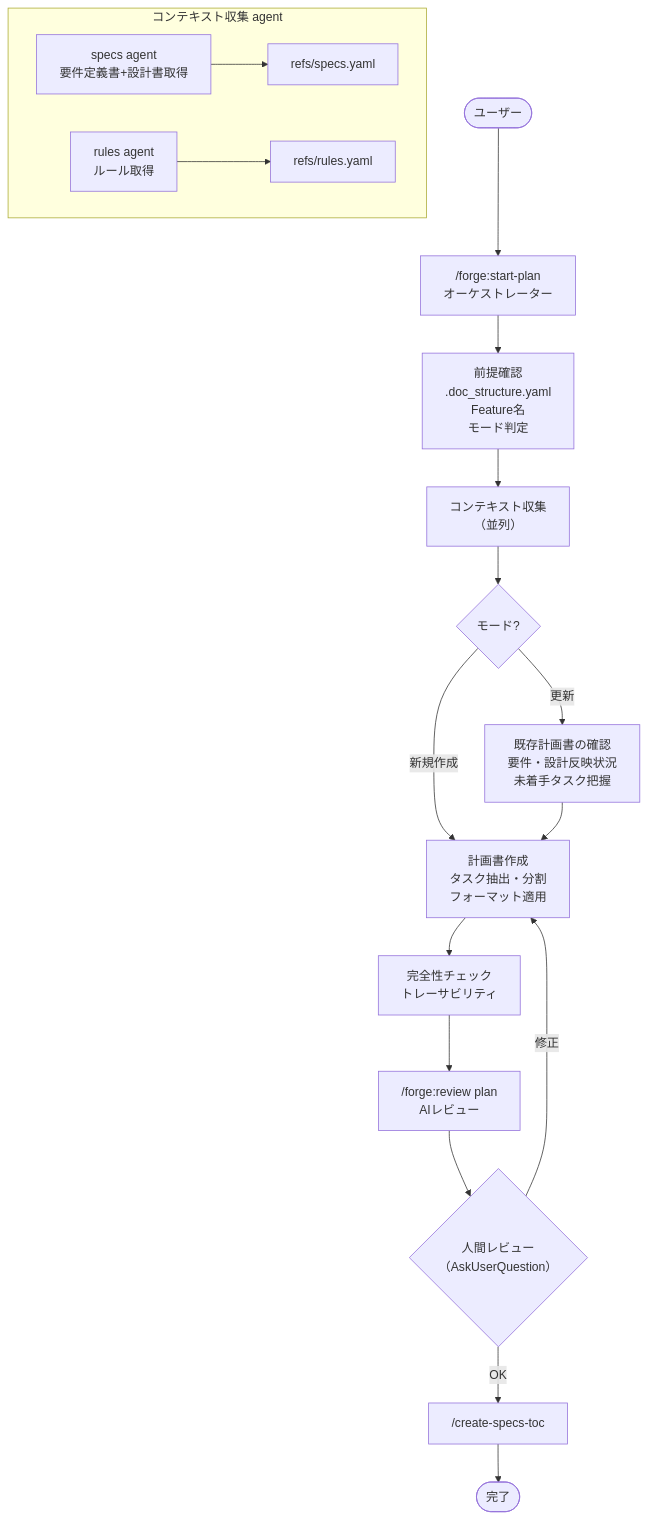
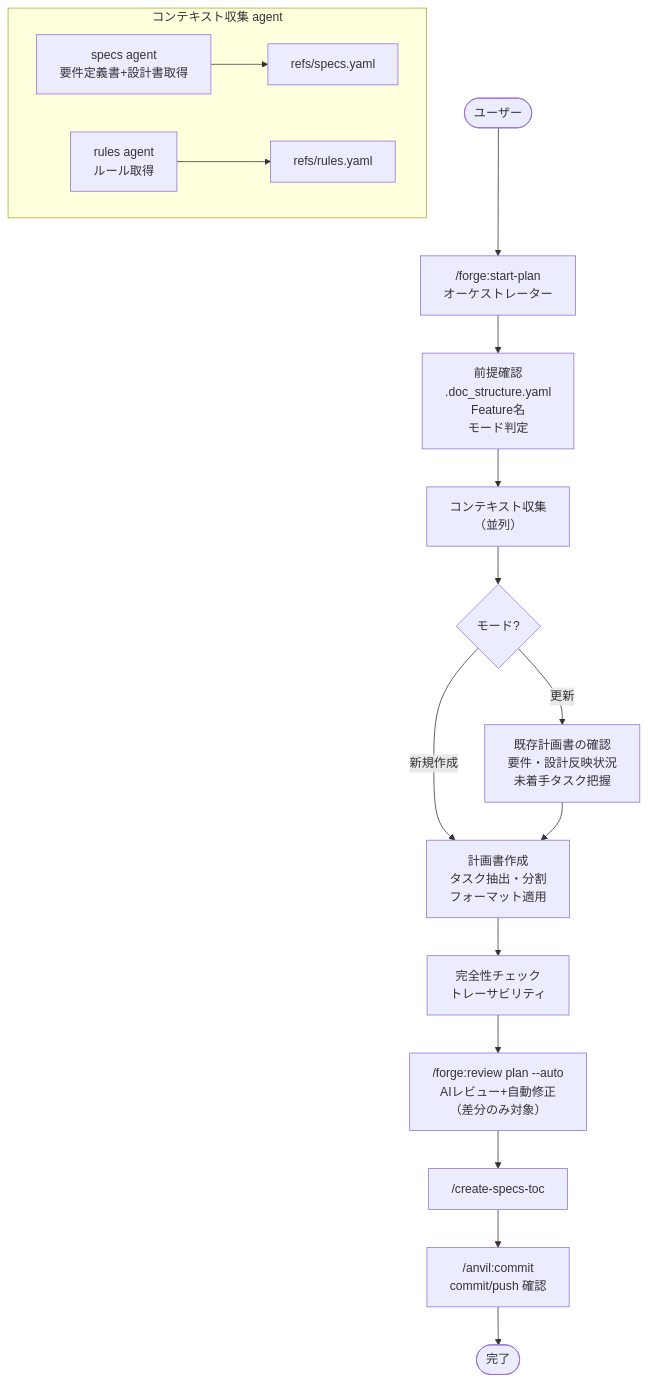
Before and after one commit to BlueEventHorizon/bw-cc-plugins: the diagram in docs/specs/forge/design/create_plan_workflow_design.md, drawn with Mermaid. The commit also changed other lines of this file and 19 other files, not shown here.

Commit message:
refactor: unify orchestrator completion flow (review --auto → ToC → commit), abolish finalize, remove parse_review_args.py, move rules from CLAUDE.md to docs/rules/

````diff
--- a/docs/specs/forge/design/create_plan_workflow_design.md
+++ b/docs/specs/forge/design/create_plan_workflow_design.md
@@ -25,31 +25,30 @@
 ```mermaid
 flowchart TD
     User([ユーザー]) --> ORCHESTRATOR
 
     ORCHESTRATOR["/forge:start-plan<br>オーケストレーター"] --> PREREQ
 
     PREREQ["前提確認<br>.doc_structure.yaml<br>Feature名<br>モード判定"] --> CONTEXT
 
     CONTEXT["コンテキスト収集<br>（並列）"] --> MODE_CHECK
 
     subgraph CONTEXT_AGENTS["コンテキスト収集 agent"]
         A1["specs agent<br>要件定義書+設計書取得"] --> REFS_SPECS["refs/specs.yaml"]
         A2["rules agent<br>ルール取得"] --> REFS_RULES["refs/rules.yaml"]
     end
 
     MODE_CHECK{モード?} -->|"新規作成"| CREATE
     MODE_CHECK -->|"更新"| UPDATE_CHECK
 
     UPDATE_CHECK["既存計画書の確認<br>要件・設計反映状況<br>未着手タスク把握"] --> CREATE
 
     CREATE["計画書作成<br>タスク抽出・分割<br>フォーマット適用"] --> QA
 
     QA["完全性チェック<br>トレーサビリティ"] --> AI_REVIEW
 
-    AI_REVIEW["/forge:review plan<br>AIレビュー"] --> HUMAN_REVIEW
+    AI_REVIEW["/forge:review plan --auto<br>AIレビュー+自動修正<br>（差分のみ対象）"] --> TOC
 
-    HUMAN_REVIEW{"人間レビュー<br>（AskUserQuestion）"} -->|"OK"| TOC
-    HUMAN_REVIEW -->|"修正"| CREATE
+    TOC["/create-specs-toc"] --> COMMIT
 
-    TOC["/create-specs-toc"] --> End([完了])
+    COMMIT["/anvil:commit<br>commit/push 確認"] --> End([完了])
 ```
````
